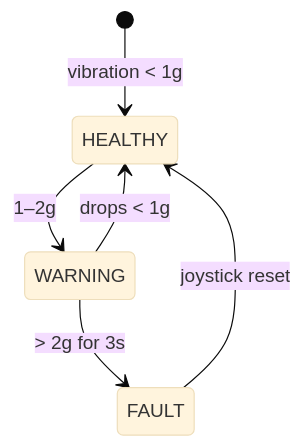
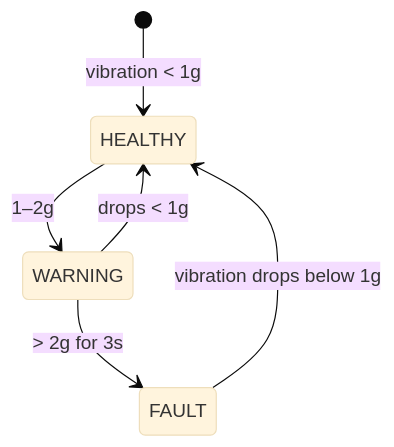
The tenth of 14 diagrams in docs/01-overview/gridbox-design.md (doyun-gu/hack-a-bot-2026), drawn with Mermaid (base theme) before and after one commit. The commit also changed other lines of this file and 11 other files, not shown here.

````diff
--- a/docs/01-overview/gridbox-design.md
+++ b/docs/01-overview/gridbox-design.md
@@ -401,8 +402,8 @@
 ```mermaid
 stateDiagram-v2
     [*] --> HEALTHY: vibration < 1g
     HEALTHY --> WARNING: 1–2g
     WARNING --> HEALTHY: drops < 1g
     WARNING --> FAULT: > 2g for 3s
-    FAULT --> HEALTHY: joystick reset
+    FAULT --> HEALTHY: vibration drops below 1g
 ```
````
